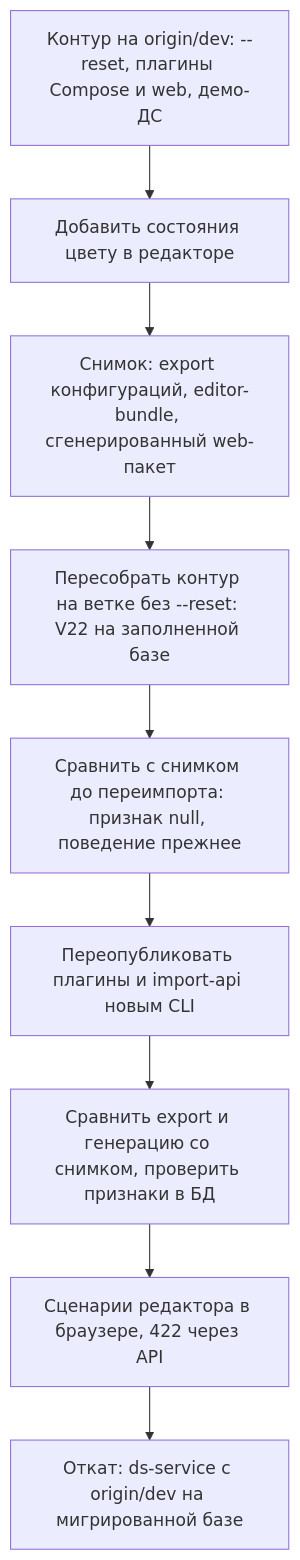
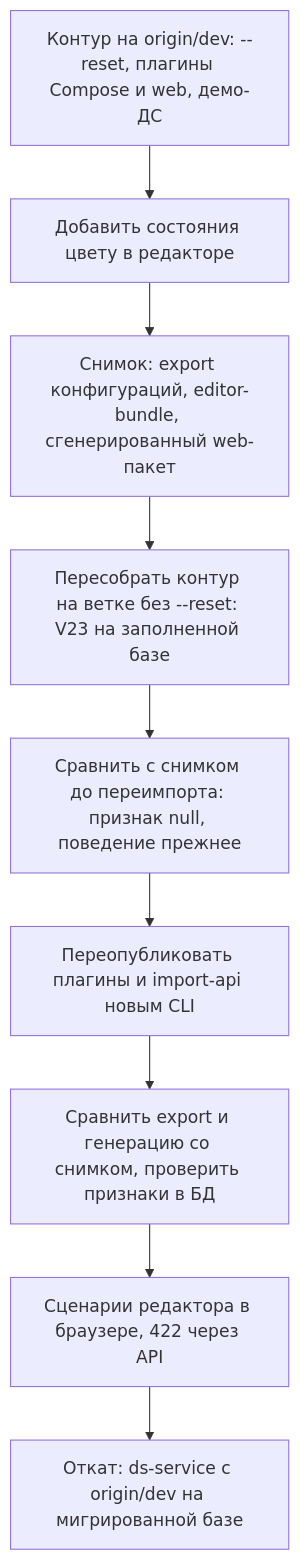
One commit to salute-developers/design-system-builder changed the second of 2 diagrams in openspec/changes/add-property-state-support/design.md. Above: the diagram before and after it, drawn with Mermaid. The commit also changed other lines of this file and 25 other files, not shown here.

````diff
--- a/openspec/changes/add-property-state-support/design.md
+++ b/openspec/changes/add-property-state-support/design.md
@@ -446,11 +446,11 @@
 ```mermaid
 flowchart TD
     A["Контур на origin/dev: --reset, плагины Compose и web, демо-ДС"] --> B["Добавить состояния цвету в редакторе"]
     B --> C["Снимок: export конфигураций, editor-bundle, сгенерированный web-пакет"]
-    C --> D["Пересобрать контур на ветке без --reset: V22 на заполненной базе"]
+    C --> D["Пересобрать контур на ветке без --reset: V23 на заполненной базе"]
     D --> E["Сравнить с снимком до переимпорта: признак null, поведение прежнее"]
     E --> F["Переопубликовать плагины и import-api новым CLI"]
     F --> G["Сравнить export и генерацию со снимком, проверить признаки в БД"]
     G --> H["Сценарии редактора в браузере, 422 через API"]
     H --> I["Откат: ds-service с origin/dev на мигрированной базе"]
 ```
````
